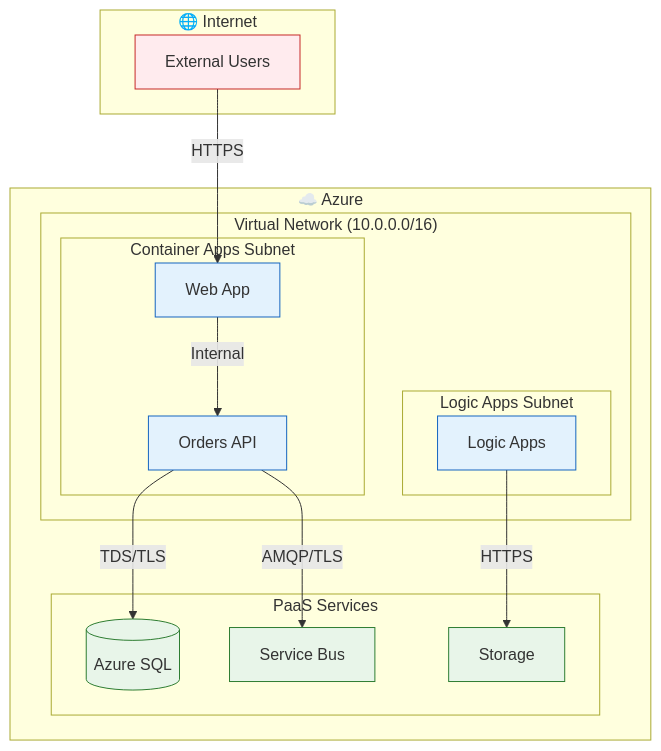
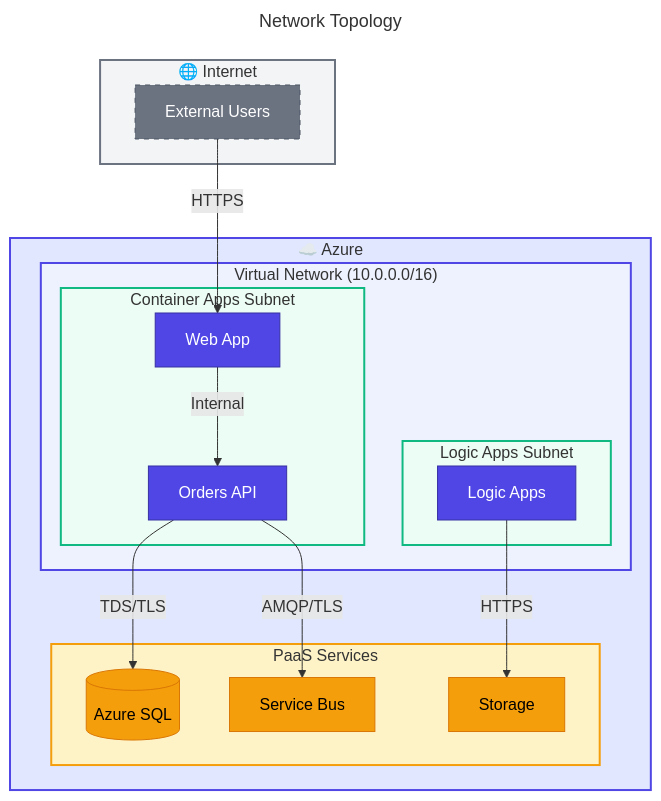
One commit to Evilazaro/Azure-LogicApps-Monitoring changed the fourth of 4 diagrams in docs/architecture/06-security-architecture.md. Above: the diagram before and after it, drawn with Mermaid. The commit also changed other lines of this file, not shown here.

Commit message:
refactor: Enhance security architecture documentation with improved identity assignments, service-to-service authentication flow, and network topology diagrams

````diff
--- a/docs/architecture/06-security-architecture.md
+++ b/docs/architecture/06-security-architecture.md
@@ -252,39 +289,57 @@
 ```mermaid
+---
+title: Network Topology
+---
 flowchart TB
+    %% ===== INTERNET =====
     subgraph Internet["🌐 Internet"]
         Users["External Users"]
     end
 
+    %% ===== AZURE PLATFORM =====
     subgraph Azure["☁️ Azure"]
+        %% ===== VIRTUAL NETWORK =====
         subgraph VNet["Virtual Network (10.0.0.0/16)"]
             subgraph CASubnet["Container Apps Subnet"]
                 API["Orders API"]
                 WebApp["Web App"]
             end
 
             subgraph LASubnet["Logic Apps Subnet"]
                 LA["Logic Apps"]
             end
         end
 
+        %% ===== PAAS SERVICES =====
         subgraph PaaS["PaaS Services"]
             SQL[("Azure SQL")]
             SB["Service Bus"]
             Storage["Storage"]
         end
     end
 
+    %% ===== CONNECTIONS =====
     Users -->|"HTTPS"| WebApp
     WebApp -->|"Internal"| API
     API -->|"TDS/TLS"| SQL
     API -->|"AMQP/TLS"| SB
     LA -->|"HTTPS"| Storage
 
-    classDef internet fill:#ffebee,stroke:#c62828
-    classDef vnet fill:#e3f2fd,stroke:#1565c0
-    classDef paas fill:#e8f5e9,stroke:#2e7d32
+    %% ===== CLASS DEFINITIONS (EXACT HEX COLORS) =====
+    classDef primary fill:#4F46E5,stroke:#3730A3,color:#FFFFFF
+    classDef secondary fill:#10B981,stroke:#059669,color:#FFFFFF
+    classDef datastore fill:#F59E0B,stroke:#D97706,color:#000000
+    classDef external fill:#6B7280,stroke:#4B5563,color:#FFFFFF,stroke-dasharray:5 5
 
-    class Users internet
-    class API,WebApp,LA vnet
-    class SQL,SB,Storage paas
+    class Users external
+    class API,WebApp,LA primary
+    class SQL,SB,Storage datastore
+
+    %% ===== SUBGRAPH STYLES =====
+    style Internet fill:#F3F4F6,stroke:#6B7280,stroke-width:2px
+    style Azure fill:#E0E7FF,stroke:#4F46E5,stroke-width:2px
+    style VNet fill:#EEF2FF,stroke:#4F46E5,stroke-width:2px
+    style CASubnet fill:#ECFDF5,stroke:#10B981,stroke-width:2px
+    style LASubnet fill:#ECFDF5,stroke:#10B981,stroke-width:2px
+    style PaaS fill:#FEF3C7,stroke:#F59E0B,stroke-width:2px
 ```
````
